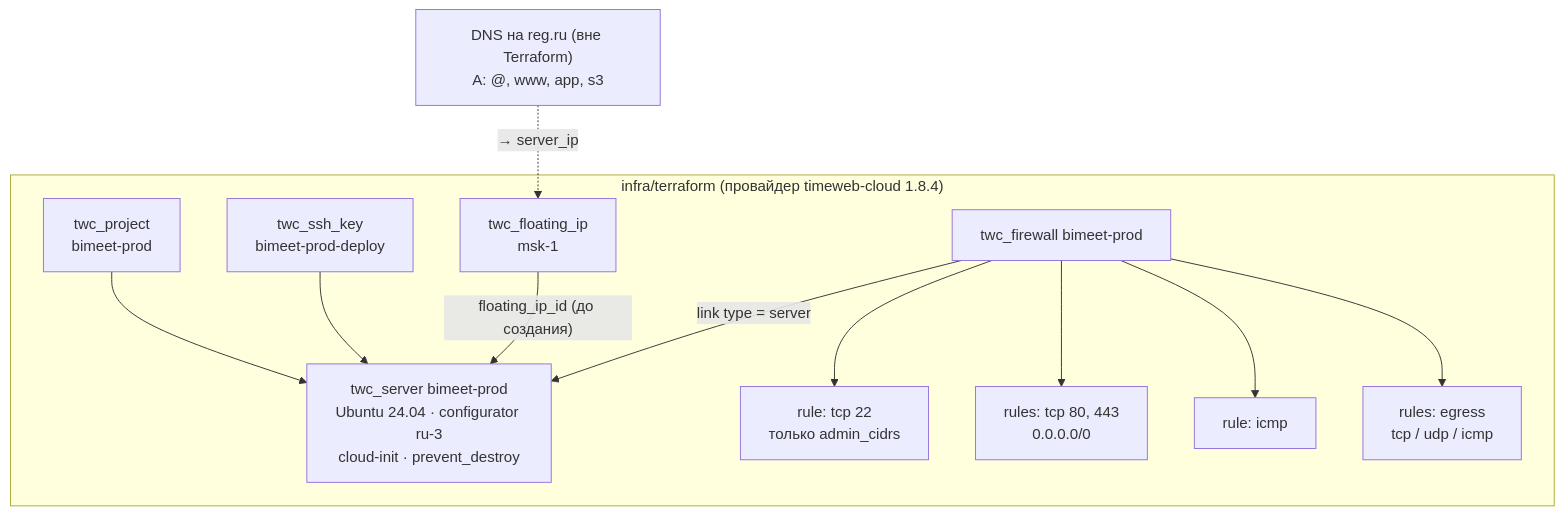
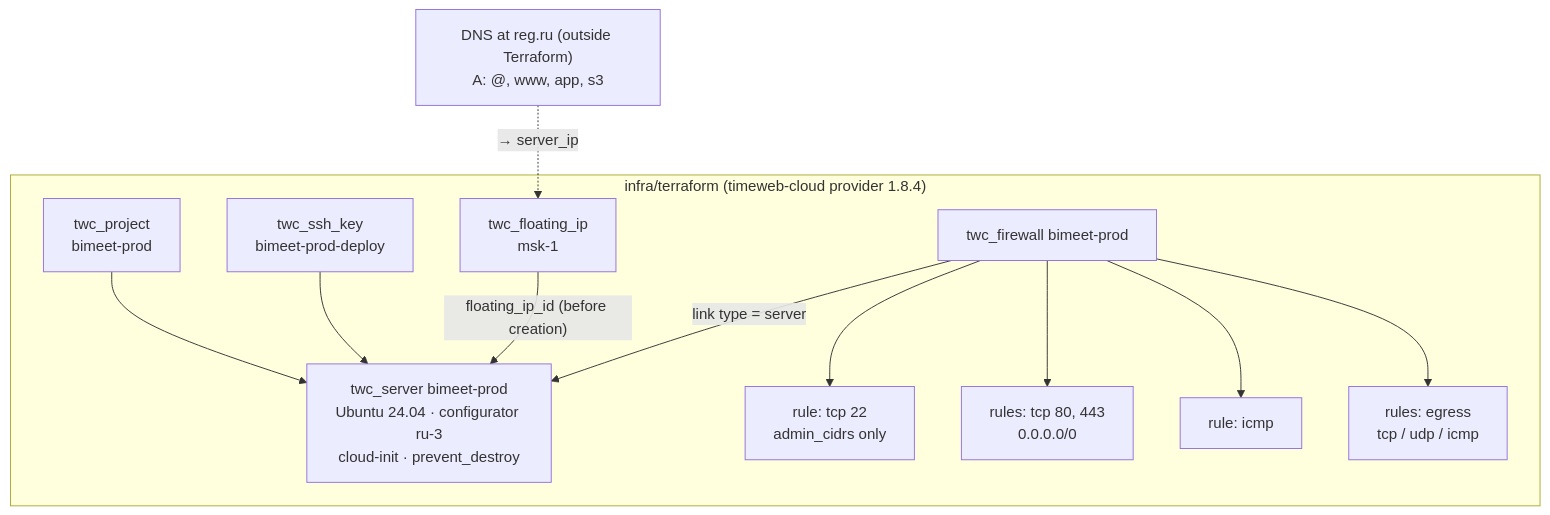
Before and after one commit to AntonSlavshchikov/bimeet: the fourth of 4 diagrams in docs/architecture.md, drawn with Mermaid. The commit also changed other lines of this file and 5 other files, not shown here.

First line of the commit message:
docs: translate adrs and architecture to english

````diff
--- a/docs/architecture.md
+++ b/docs/architecture.md
@@ -84,20 +84,20 @@
 ```mermaid
 flowchart TB
-    subgraph tf["infra/terraform (провайдер timeweb-cloud 1.8.4)"]
+    subgraph tf["infra/terraform (timeweb-cloud provider 1.8.4)"]
         project["twc_project<br/>bimeet-prod"]
         key["twc_ssh_key<br/>bimeet-prod-deploy"]
         ip["twc_floating_ip<br/>msk-1"]
         server["twc_server bimeet-prod<br/>Ubuntu 24.04 · configurator ru-3<br/>cloud-init · prevent_destroy"]
         fw["twc_firewall bimeet-prod"]
-        r1["rule: tcp 22<br/>только admin_cidrs"]
+        r1["rule: tcp 22<br/>admin_cidrs only"]
         r2["rules: tcp 80, 443<br/>0.0.0.0/0"]
         r3["rule: icmp"]
         r4["rules: egress<br/>tcp / udp / icmp"]
     end
     project --> server
     key --> server
-    ip -- "floating_ip_id (до создания)" --> server
+    ip -- "floating_ip_id (before creation)" --> server
     fw -- "link type = server" --> server
     fw --> r1 & r2 & r3 & r4
-    dns["DNS на reg.ru (вне Terraform)<br/>A: @, www, app, s3"] -. "→ server_ip" .-> ip
+    dns["DNS at reg.ru (outside Terraform)<br/>A: @, www, app, s3"] -. "→ server_ip" .-> ip
 ```
````
